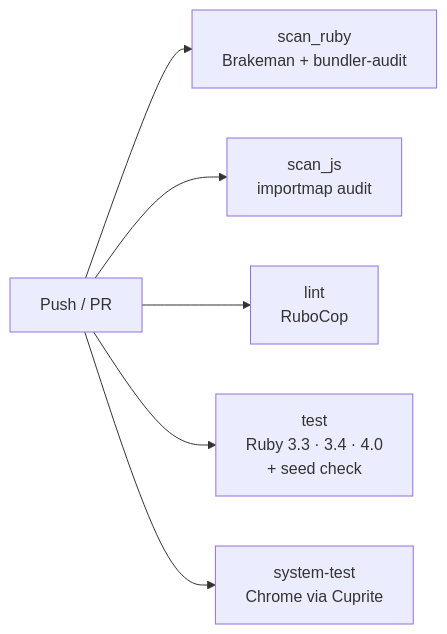
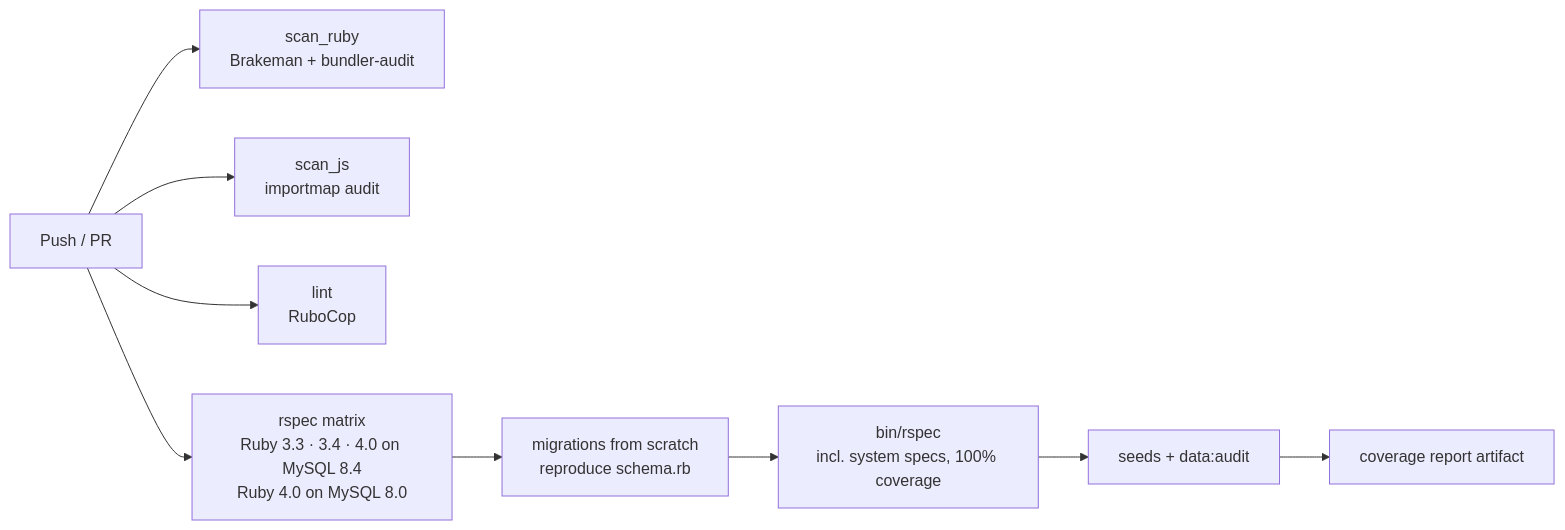
One commit to cdrrazan/socialnetwork changed the seventh of 8 diagrams in README.md. Above: the diagram before and after it, drawn with Mermaid. The commit also changed other lines of this file, not shown here.

First line of the commit message:
Update the README for MySQL and RSpec

````diff
--- a/README.md
+++ b/README.md
@@ -329,8 +423,11 @@
 ```mermaid
 flowchart LR
     Push["Push / PR"] --> Scan["scan_ruby<br/>Brakeman + bundler-audit"]
     Push --> JS["scan_js<br/>importmap audit"]
     Push --> Lint["lint<br/>RuboCop"]
-    Push --> Test["test<br/>Ruby 3.3 · 3.4 · 4.0<br/>+ seed check"]
-    Push --> Sys["system-test<br/>Chrome via Cuprite"]
+    Push --> Matrix["rspec matrix<br/>Ruby 3.3 · 3.4 · 4.0 on MySQL 8.4<br/>Ruby 4.0 on MySQL 8.0"]
+    Matrix --> M1["migrations from scratch<br/>reproduce schema.rb"]
+    M1 --> M2["bin/rspec<br/>incl. system specs, 100% coverage"]
+    M2 --> M3["seeds + data:audit"]
+    M3 --> M4["coverage report artifact"]
 ```
````
